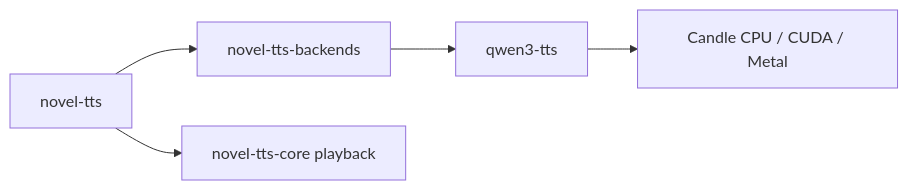
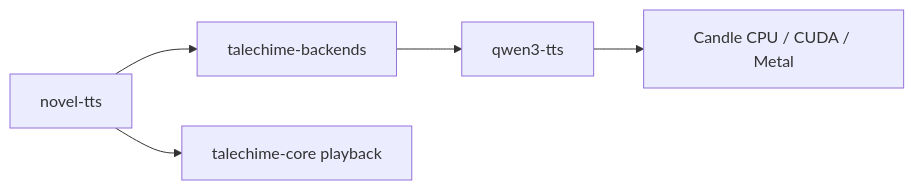
Before and after one commit to yexiyue/talechime: the diagram in crates/qwen3-tts/README.md, drawn with Mermaid. The commit also changed other lines of this file and 8 other files, not shown here.

````diff
--- a/crates/qwen3-tts/README.md
+++ b/crates/qwen3-tts/README.md
@@ -14,7 +14,7 @@
 ```mermaid
 flowchart LR
-    Worker[novel-tts] --> Adapter[novel-tts-backends]
+    Worker[novel-tts] --> Adapter[talechime-backends]
     Adapter --> Model[qwen3-tts]
     Model --> Candle[Candle CPU / CUDA / Metal]
-    Worker --> Core[novel-tts-core playback]
+    Worker --> Core[talechime-core playback]
 ```
````
